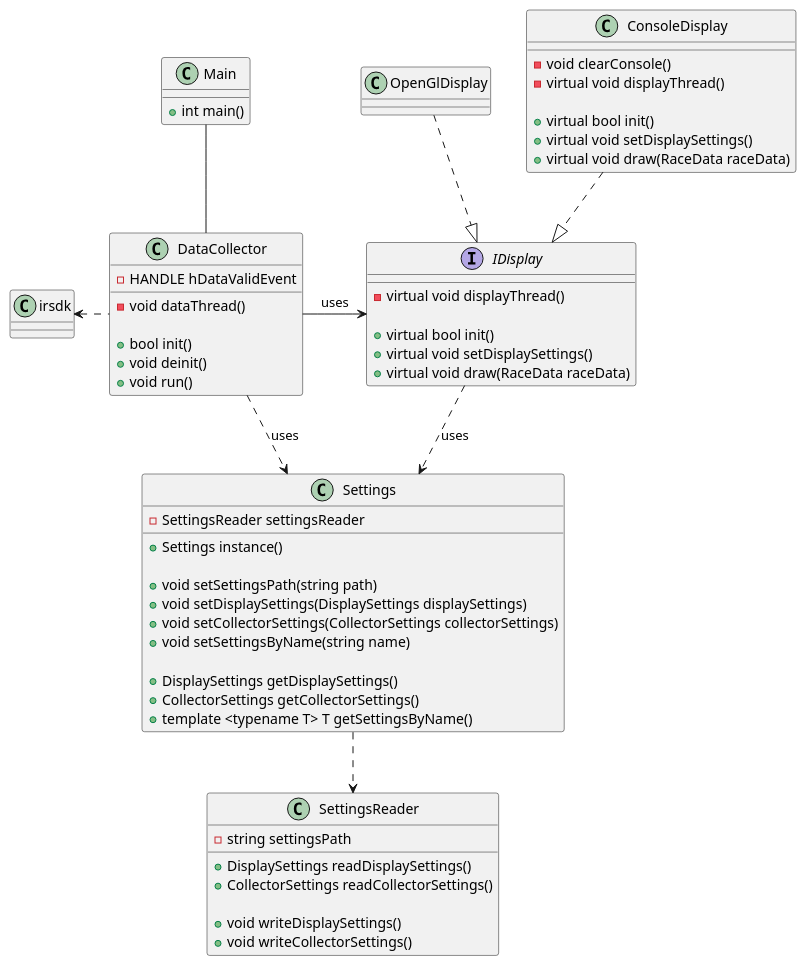
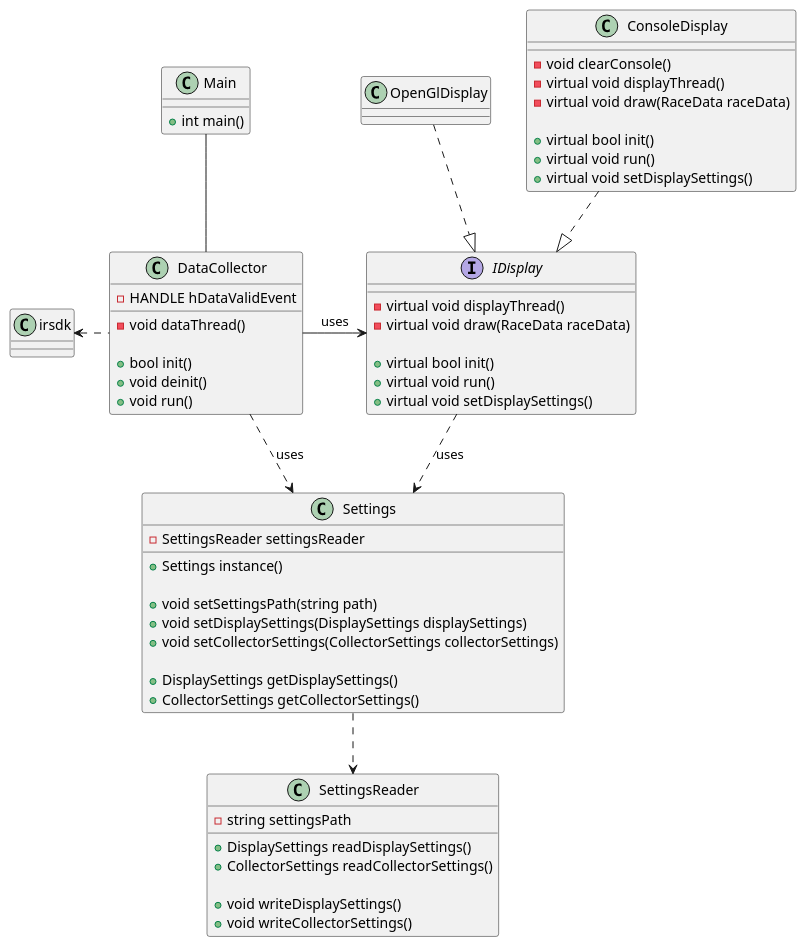
Before and after one commit to Hawgk/iRacingDataCompanionAv: the diagram in arch.puml, drawn with PlantUML. The commit also changed 2 other files, not shown here.

Commit message:
fix arch. add run function do IDisplay

```diff
--- a/arch.puml
+++ b/arch.puml
@@ -1,82 +1,82 @@
 @startuml
 
 class Main
 {
     +int main()
 }
 
 class irsdk
 
 class DataCollector
 {
     -HANDLE hDataValidEvent
 
     -void dataThread()
 
     +bool init()
     +void deinit()
     +void run()
 }
 
 interface IDisplay
 {
     -virtual void displayThread()
+    -virtual void draw(RaceData raceData)
 
     +virtual bool init()
+    +virtual void run()
     +virtual void setDisplaySettings()
-    +virtual void draw(RaceData raceData)
 }
 
 class ConsoleDisplay
 {
     -void clearConsole()
     -virtual void displayThread()
+    -virtual void draw(RaceData raceData)
 
     +virtual bool init()
+    +virtual void run()
     +virtual void setDisplaySettings()
-    +virtual void draw(RaceData raceData)
 }
 
 class OpenGlDisplay
 {
 }
 
 class Settings
 {
     -SettingsReader settingsReader
 
     +Settings instance()
 
     +void setSettingsPath(string path)
     +void setDisplaySettings(DisplaySettings displaySettings)
     +void setCollectorSettings(CollectorSettings collectorSettings)
-    +void setSettingsByName(string name)
 
     +DisplaySettings getDisplaySettings()
     +CollectorSettings getCollectorSettings()
-    +template <typename T> T getSettingsByName()
 }
 
 class SettingsReader
 {
     -string settingsPath
 
     +DisplaySettings readDisplaySettings()
     +CollectorSettings readCollectorSettings()
 
     +void writeDisplaySettings()
     +void writeCollectorSettings()
 }
 
 ConsoleDisplay ..|> IDisplay
 OpenGlDisplay ..|> IDisplay
 IDisplay ..> Settings : uses
 
 Main -- DataCollector
 DataCollector .left.> irsdk
 DataCollector ..> Settings : uses
 DataCollector -right-> IDisplay : uses
 
 Settings ..> SettingsReader
 
 @enduml
```
